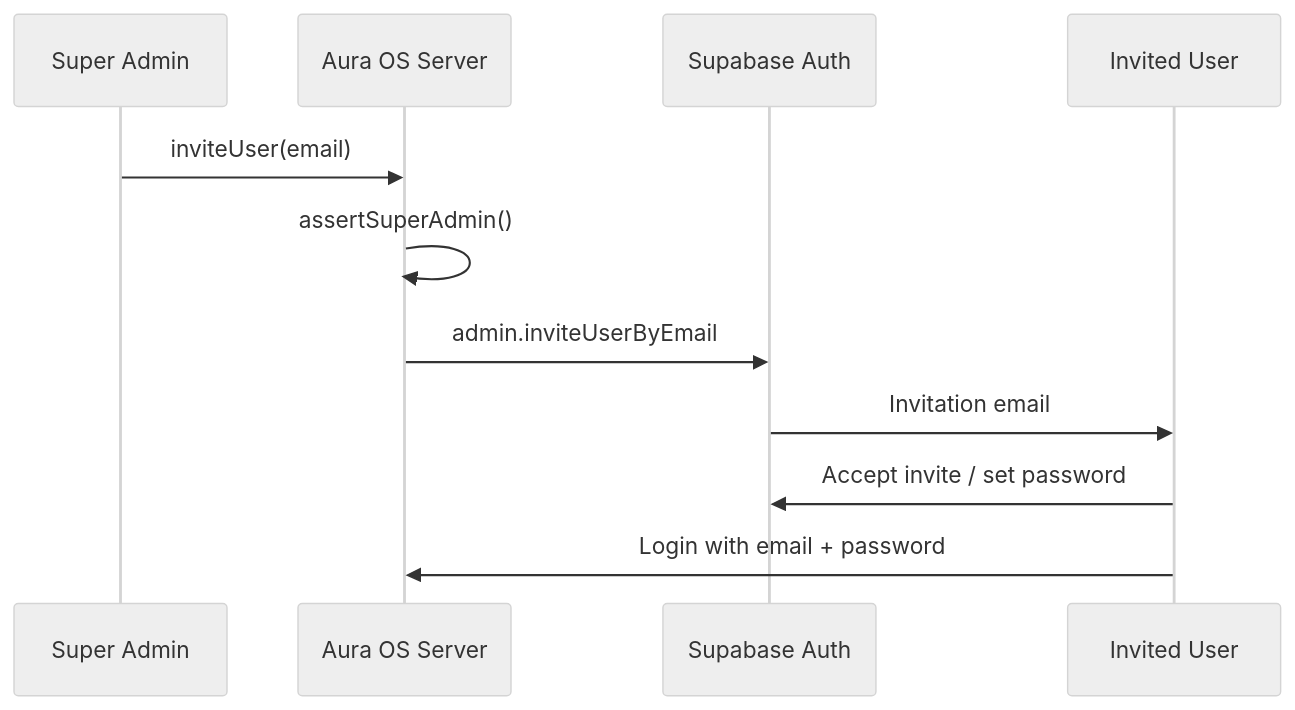
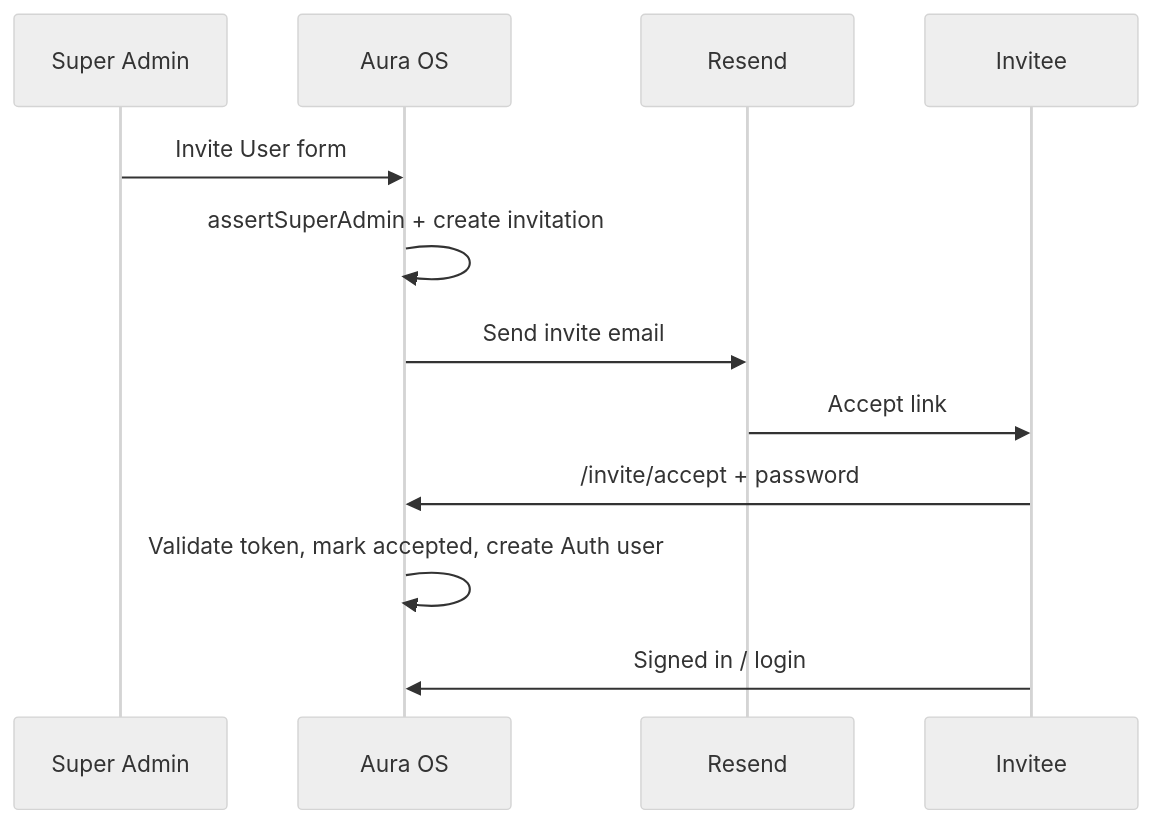
The diagram in docs/AUTH.md (raviusl/aura-os), drawn with Mermaid (neutral theme) before and after one commit. The commit also changed other lines of this file and 28 other files, not shown here.

First line of the commit message:
feat: add Super Admin invitation management

````diff
--- a/docs/AUTH.md
+++ b/docs/AUTH.md
@@ -56,14 +59,15 @@
 ```mermaid
 sequenceDiagram
   participant SA as Super Admin
-  participant App as Aura OS Server
-  participant Auth as Supabase Auth
-  participant User as Invited User
+  participant App as Aura OS
+  participant Mail as Resend
+  participant User as Invitee
 
-  SA->>App: inviteUser(email)
-  App->>App: assertSuperAdmin()
-  App->>Auth: admin.inviteUserByEmail
-  Auth->>User: Invitation email
-  User->>Auth: Accept invite / set password
-  User->>App: Login with email + password
+  SA->>App: Invite User form
+  App->>App: assertSuperAdmin + create invitation
+  App->>Mail: Send invite email
+  Mail->>User: Accept link
+  User->>App: /invite/accept + password
+  App->>App: Validate token, mark accepted, create Auth user
+  User->>App: Signed in / login
 ```
````
